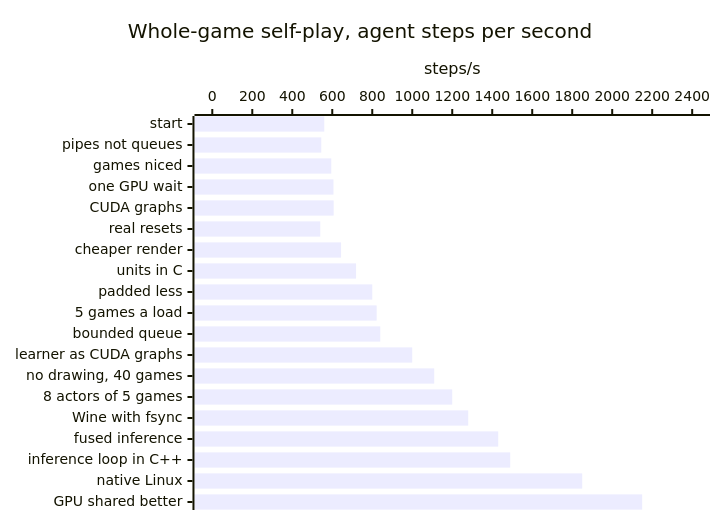
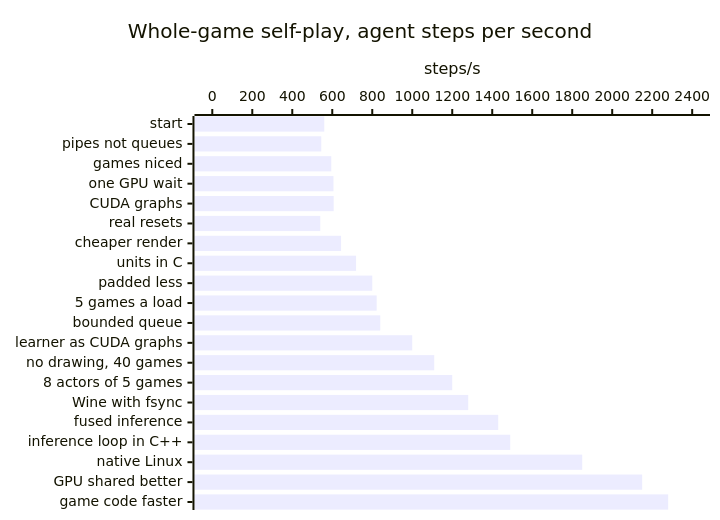
Before and after one commit to RobinKa/warcraftsim: the first of 2 diagrams in docs/optimizations.md, drawn with Mermaid. The commit also changed other lines of this file and 3 other files, not shown here.

First line of the commit message:
docs: the game's own code faster with the same results (--game-cuts 1529, the REA study): ~2,280 steps/s; the run resumed after the shutdown

````diff
--- a/docs/optimizations.md
+++ b/docs/optimizations.md
@@ -7,7 +7,7 @@
 ```mermaid
 xychart-beta horizontal
   title "Whole-game self-play, agent steps per second"
-  x-axis ["start", "pipes not queues", "games niced", "one GPU wait", "CUDA graphs", "real resets", "cheaper render", "units in C", "padded less", "5 games a load", "bounded queue", "learner as CUDA graphs", "no drawing, 40 games", "8 actors of 5 games", "Wine with fsync", "fused inference", "inference loop in C++", "native Linux", "GPU shared better"]
+  x-axis ["start", "pipes not queues", "games niced", "one GPU wait", "CUDA graphs", "real resets", "cheaper render", "units in C", "padded less", "5 games a load", "bounded queue", "learner as CUDA graphs", "no drawing, 40 games", "8 actors of 5 games", "Wine with fsync", "fused inference", "inference loop in C++", "native Linux", "GPU shared better", "game code faster"]
   y-axis "steps/s" 0 --> 2400
-  bar [560, 545, 595, 606, 607, 540, 644, 719, 800, 822, 840, 1000, 1110, 1200, 1280, 1430, 1490, 1850, 2150]
+  bar [560, 545, 595, 606, 607, 540, 644, 719, 800, 822, 840, 1000, 1110, 1200, 1280, 1430, 1490, 1850, 2150, 2280]
 ```
````
